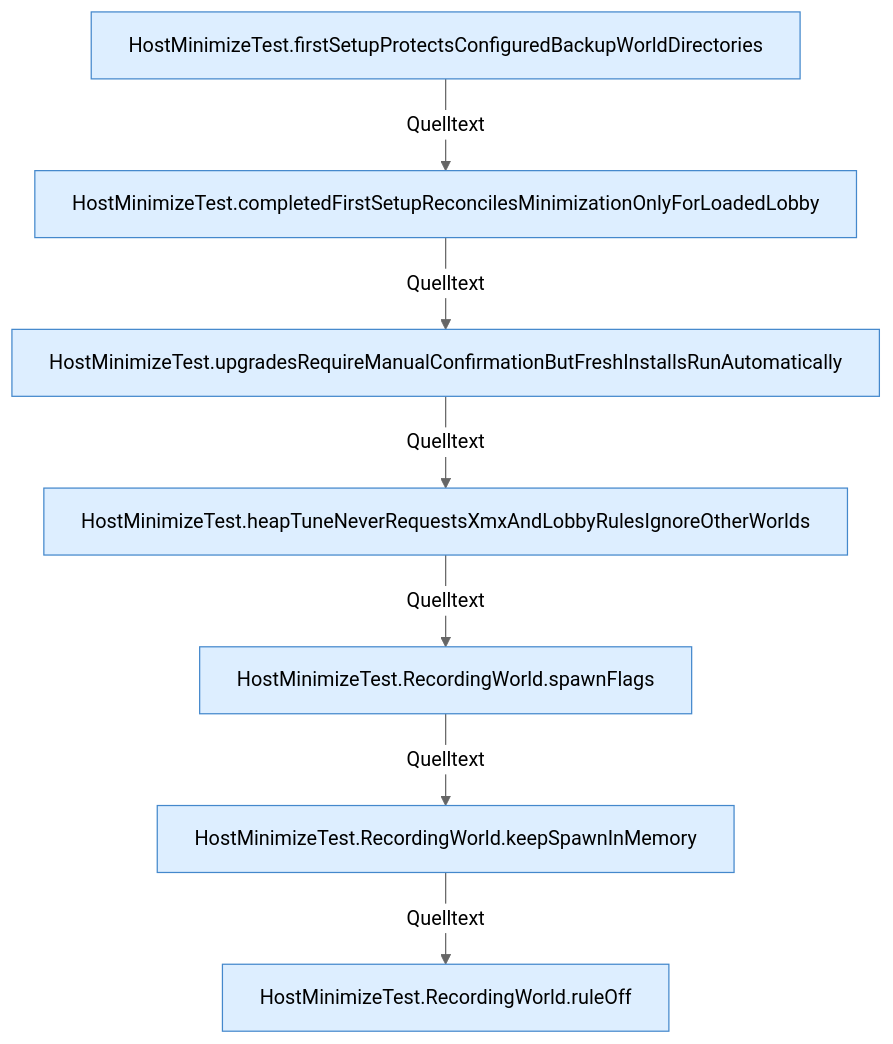
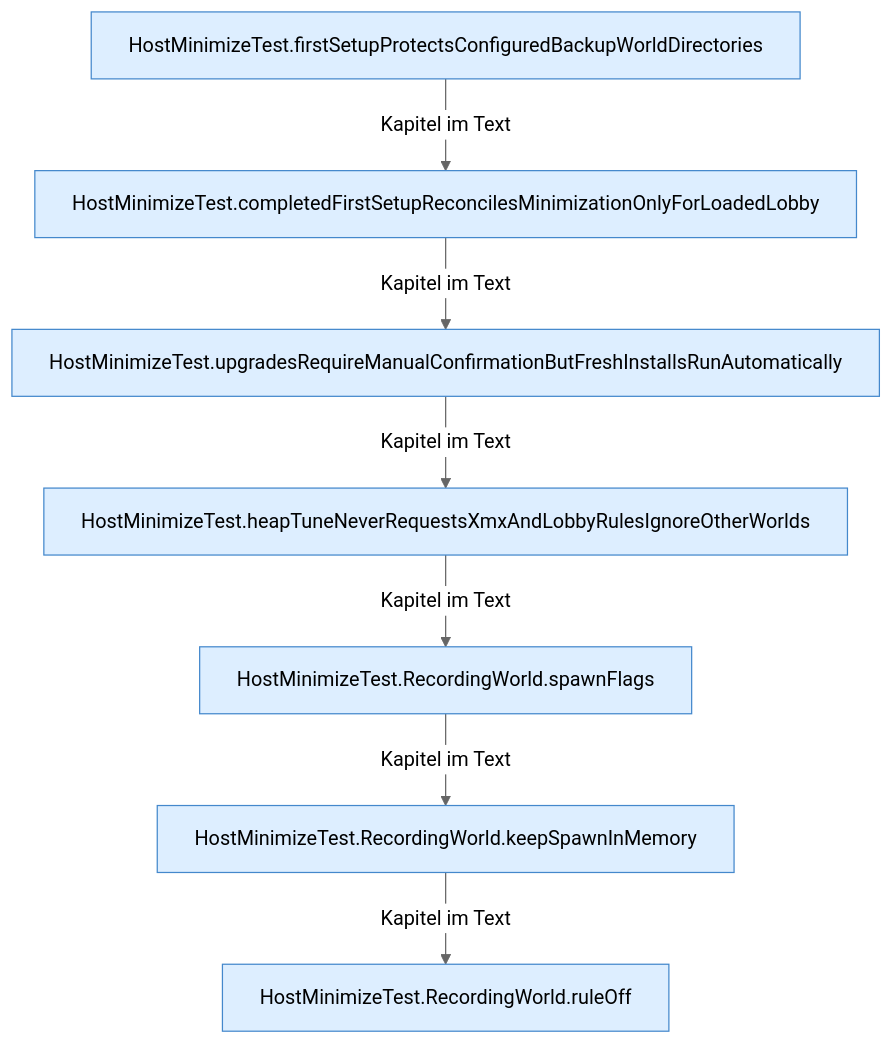
Before and after one commit to PrinceDiamant/minecraft-serverhoster-plugin: the diagram in HostMinimizeTest.Teil2.md, drawn with Mermaid (neutral theme). The commit also changed other lines of this file and 2005 other files, not shown here.

````diff
--- a/HostMinimizeTest.Teil2.md
+++ b/HostMinimizeTest.Teil2.md
@@ -5,18 +5,18 @@
 ```mermaid
 flowchart TD
   n1["HostMinimizeTest.firstSetupProtectsConfiguredBackupWorldDirectories"]:::internal-link
   n2["HostMinimizeTest.completedFirstSetupReconcilesMinimizationOnlyForLoadedLobby"]:::internal-link
   n3["HostMinimizeTest.upgradesRequireManualConfirmationButFreshInstallsRunAutomatically"]:::internal-link
   n4["HostMinimizeTest.heapTuneNeverRequestsXmxAndLobbyRulesIgnoreOtherWorlds"]:::internal-link
   n5["HostMinimizeTest.RecordingWorld.spawnFlags"]:::internal-link
   n6["HostMinimizeTest.RecordingWorld.keepSpawnInMemory"]:::internal-link
   n7["HostMinimizeTest.RecordingWorld.ruleOff"]:::internal-link
-  n1 -->|"Quelltext"| n2
-  n2 -->|"Quelltext"| n3
-  n3 -->|"Quelltext"| n4
-  n4 -->|"Quelltext"| n5
-  n5 -->|"Quelltext"| n6
-  n6 -->|"Quelltext"| n7
+  n1 -->|"Kapitel im Text"| n2
+  n2 -->|"Kapitel im Text"| n3
+  n3 -->|"Kapitel im Text"| n4
+  n4 -->|"Kapitel im Text"| n5
+  n5 -->|"Kapitel im Text"| n6
+  n6 -->|"Kapitel im Text"| n7
   classDef internal-link fill:#ddeeff,stroke:#4488cc
   classDef befund fill:#f88
 ```
````
